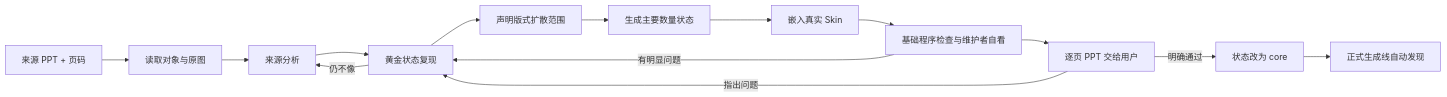
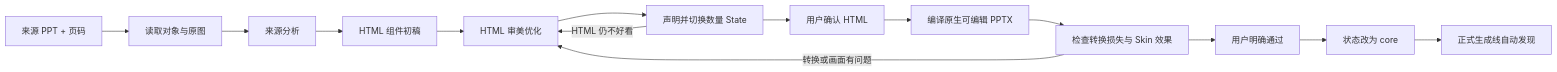
The diagram in docs/工作流/资产积累与入库/工作流.md (NEUwpy/PPagenT), drawn with Mermaid before and after one commit. The commit also changed other lines of this file and 1709 other files, not shown here.

````diff
--- a/docs/工作流/资产积累与入库/工作流.md
+++ b/docs/工作流/资产积累与入库/工作流.md
@@ -36,16 +36,16 @@
 ```mermaid
 flowchart LR
     A["来源 PPT + 页码"] --> B["读取对象与原图"]
     B --> C["来源分析"]
-    C --> D["黄金状态复现"]
-    D -->|仍不像| C
-    D --> E["声明版式扩散范围"]
-    E --> F["生成主要数量状态"]
-    F --> G["嵌入真实 Skin"]
-    G --> H["基础程序检查与维护者自看"]
-    H -->|有明显问题| D
-    H --> I["逐页 PPT 交给用户"]
-    I -->|指出问题| D
-    I -->|明确通过| J["状态改为 core"]
-    J --> K["正式生成线自动发现"]
+    C --> D["HTML 组件初稿"]
+    D --> E["HTML 审美优化"]
+    E --> F["声明并切换数量 State"]
+    F -->|HTML 仍不好看| E
+    F --> G["用户确认 HTML"]
+    G --> H["编译原生可编辑 PPTX"]
+    H --> I["检查转换损失与 Skin 效果"]
+    I -->|转换或画面有问题| E
+    I --> J["用户明确通过"]
+    J --> K["状态改为 core"]
+    K --> L["正式生成线自动发现"]
 ```
````
